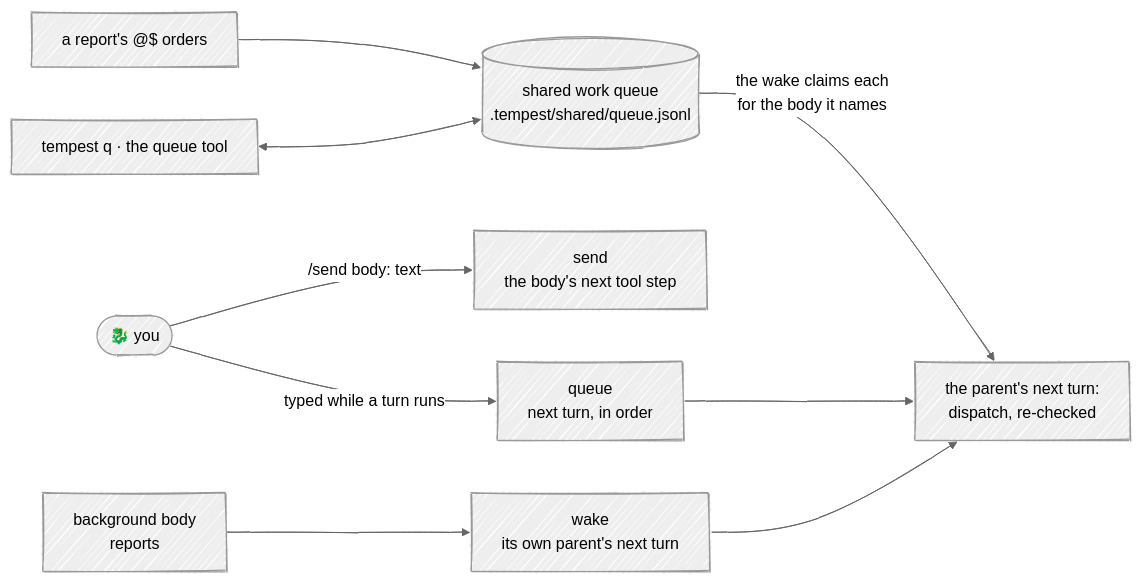
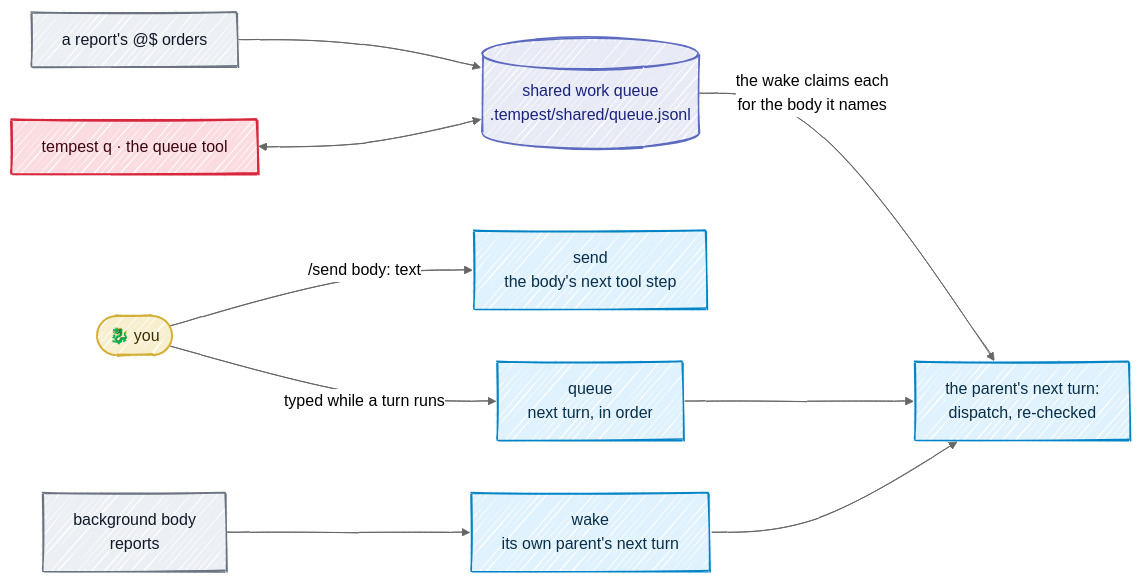
The third of 4 diagrams in docs/04-communication.md (Kaginari/mnemorph), drawn with Mermaid before and after one commit. The commit also changed other lines of this file and 9 other files, not shown here.

Commit message:
docs: colour in every diagram — one palette, a colour per race, phases in sequence diagrams, labels no longer clipped; the MCP page keeps its diagram only

````diff
--- a/docs/04-communication.md
+++ b/docs/04-communication.md
@@ -161,16 +177,28 @@
 ```mermaid
 ---
 config:
   look: handDrawn
   theme: neutral
+  flowchart:
+    wrappingWidth: 360
 ---
 flowchart LR
     H(["🐉 you"]) -->|"typed while a turn runs"| Q["queue<br/>next turn, in order"]
     H -->|"/send body: text"| S["send<br/>the body's next tool step"]
     BG["background body<br/>reports"] --> W["wake<br/>its own parent's next turn"]
     R["a report's @$ orders"] --> SQ[("shared work queue<br/>.tempest/shared/queue.jsonl")]
     SQ -->|"the wake claims each<br/>for the body it names"| T["the parent's next turn:<br/>dispatch, re-checked"]
     Q --> T
     W --> T
     TQ["tempest q · the queue tool"] <--> SQ
+    classDef human fill:#f8efcf,stroke:#D4AF37,stroke-width:2px,color:#3a2e05
+    class H human
+    classDef step fill:#e0f2fe,stroke:#0284c7,stroke-width:1.5px,color:#082f49
+    class Q,S,W,T step
+    classDef outside fill:#eceff3,stroke:#6b7280,stroke-width:1.5px,color:#111827
+    class BG,R outside
+    classDef store fill:#e8eaf6,stroke:#5c6bc0,stroke-width:1.5px,color:#1a237e
+    class SQ store
+    classDef kijin fill:#fbdde1,stroke:#D7263D,stroke-width:2px,color:#3d0710
+    class TQ kijin
 ```
````
